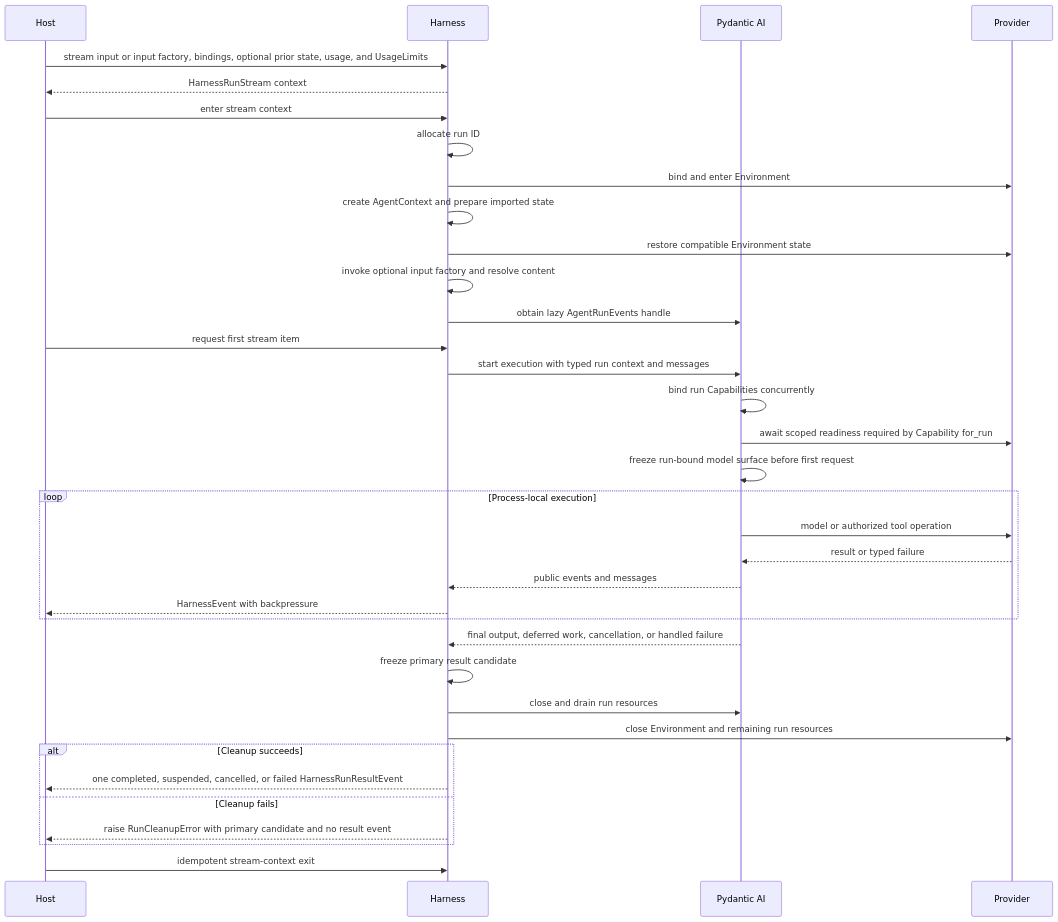
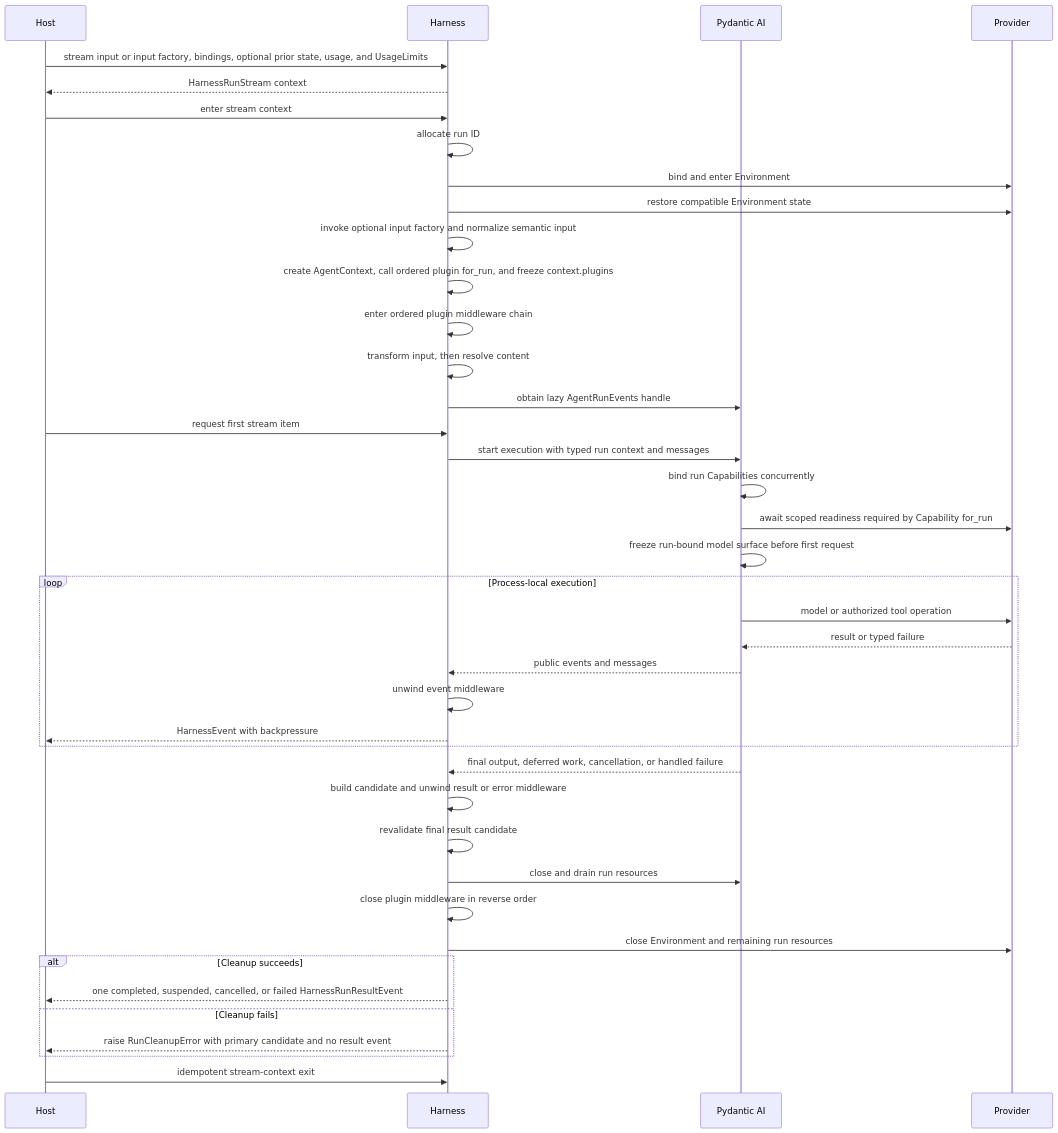
Before and after one commit to LTThreeComma/agent-foundation: the third of 3 diagrams in spec/agent-harness/06-execution-context-and-lifecycle.md, drawn with Mermaid. The commit also changed other lines of this file and 21 other files, not shown here.

First line of the commit message:
feat(harness): define first-class plugin lifecycle

````diff
--- a/spec/agent-harness/06-execution-context-and-lifecycle.md
+++ b/spec/agent-harness/06-execution-context-and-lifecycle.md
@@ -67,38 +69,43 @@
 ```mermaid
 sequenceDiagram
     participant Host
     participant Harness
     participant PAI as Pydantic AI
     participant Provider
 
     Host->>Harness: stream input or input factory, bindings, optional prior state, usage, and UsageLimits
     Harness-->>Host: HarnessRunStream context
     Host->>Harness: enter stream context
     Harness->>Harness: allocate run ID
     Harness->>Provider: bind and enter Environment
-    Harness->>Harness: create AgentContext and prepare imported state
     Harness->>Provider: restore compatible Environment state
-    Harness->>Harness: invoke optional input factory and resolve content
+    Harness->>Harness: invoke optional input factory and normalize semantic input
+    Harness->>Harness: create AgentContext, call ordered plugin for_run, and freeze context.plugins
+    Harness->>Harness: enter ordered plugin middleware chain
+    Harness->>Harness: transform input, then resolve content
     Harness->>PAI: obtain lazy AgentRunEvents handle
     Host->>Harness: request first stream item
     Harness->>PAI: start execution with typed run context and messages
     PAI->>PAI: bind run Capabilities concurrently
     PAI->>Provider: await scoped readiness required by Capability for_run
     PAI->>PAI: freeze run-bound model surface before first request
     loop Process-local execution
         PAI->>Provider: model or authorized tool operation
         Provider-->>PAI: result or typed failure
         PAI-->>Harness: public events and messages
+        Harness->>Harness: unwind event middleware
         Harness-->>Host: HarnessEvent with backpressure
     end
     PAI-->>Harness: final output, deferred work, cancellation, or handled failure
-    Harness->>Harness: freeze primary result candidate
+    Harness->>Harness: build candidate and unwind result or error middleware
+    Harness->>Harness: revalidate final result candidate
     Harness->>PAI: close and drain run resources
+    Harness->>Harness: close plugin middleware in reverse order
     Harness->>Provider: close Environment and remaining run resources
     alt Cleanup succeeds
         Harness-->>Host: one completed, suspended, cancelled, or failed HarnessRunResultEvent
     else Cleanup fails
         Harness-->>Host: raise RunCleanupError with primary candidate and no result event
     end
     Host->>Harness: idempotent stream-context exit
 ```
````
